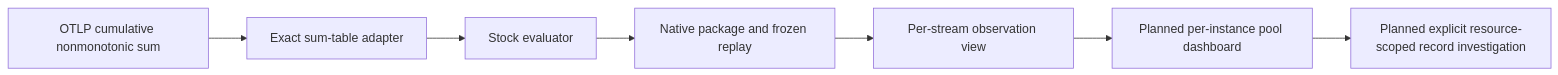
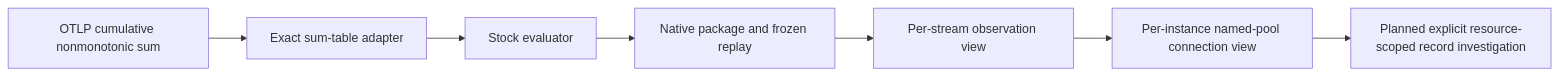
Before and after one commit to casselc/goo: the diagram in docs/CUMULATIVE_STOCKS.md, drawn with Mermaid. The commit also changed other lines of this file and 22 other files, not shown here.

````diff
--- a/docs/CUMULATIVE_STOCKS.md
+++ b/docs/CUMULATIVE_STOCKS.md
@@ -34,9 +36,9 @@
 ```mermaid
 flowchart LR
   A[OTLP cumulative nonmonotonic sum] --> B[Exact sum-table adapter]
   B --> C[Stock evaluator]
   C --> D[Native package and frozen replay]
   D --> V[Per-stream observation view]
-  V --> E[Planned per-instance pool dashboard]
+  V --> E[Per-instance named-pool connection view]
   E --> F[Planned explicit resource-scoped record investigation]
 ```
````
